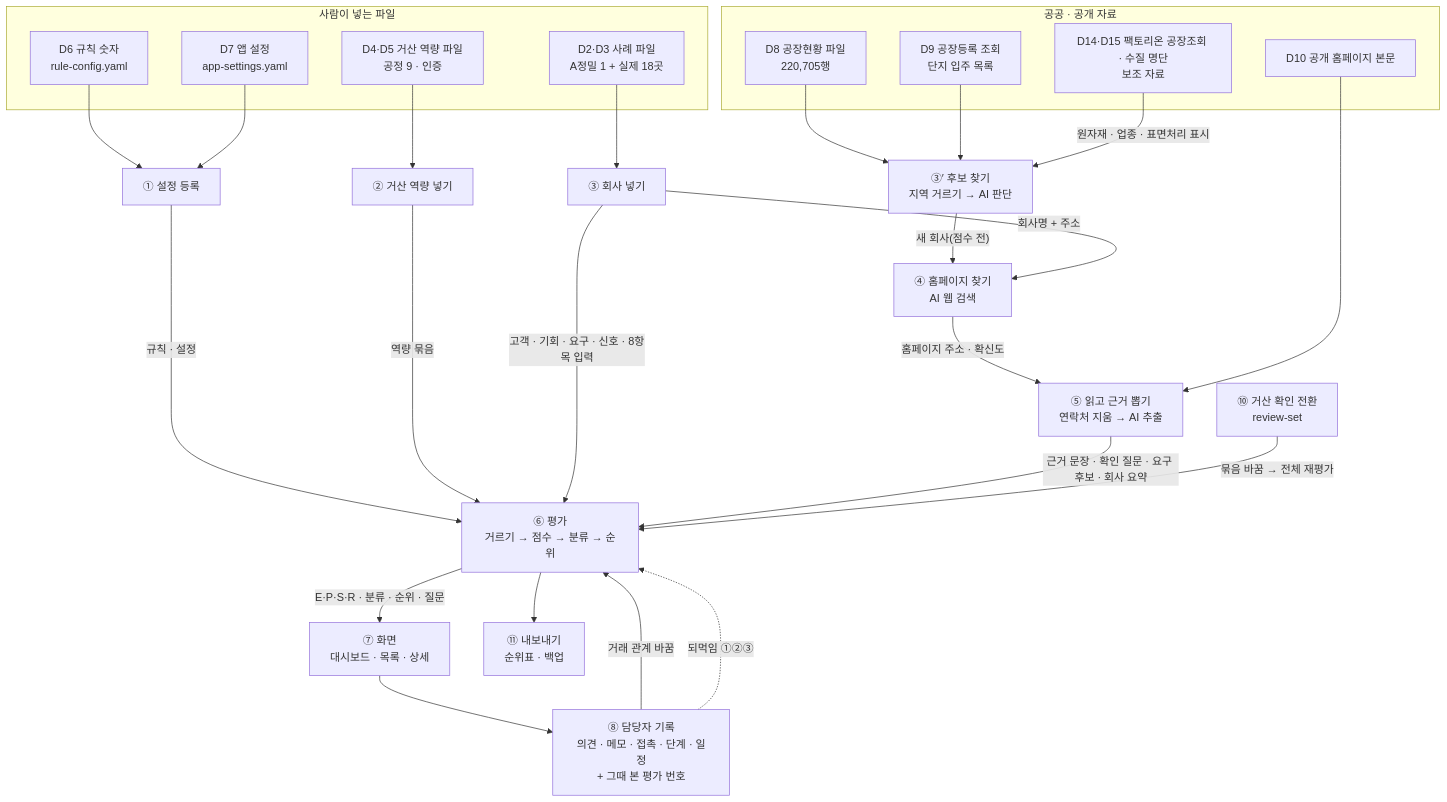
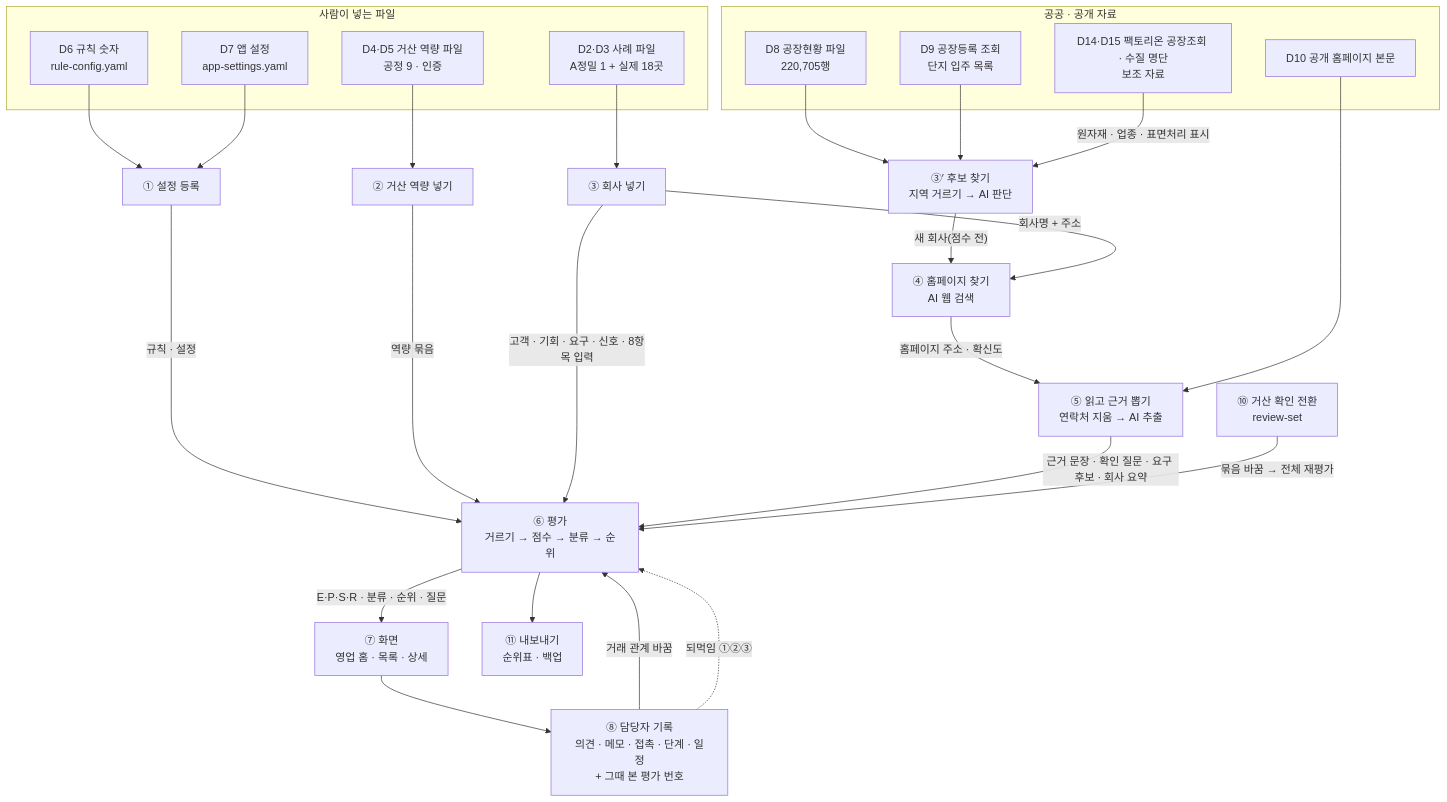
Before and after one commit to agent-ddalgi-team/final-geosan: the first of 2 diagrams in docs/map/data-map.md, drawn with Mermaid. The commit also changed 5 other files, not shown here.

````diff
--- a/docs/map/data-map.md
+++ b/docs/map/data-map.md
@@ -51,36 +51,36 @@
 ```mermaid
 flowchart TB
     subgraph IN["사람이 넣는 파일"]
         D6["D6 규칙 숫자<br/>rule-config.yaml"]
         D7["D7 앱 설정<br/>app-settings.yaml"]
         D45["D4·D5 거산 역량 파일<br/>공정 9 · 인증"]
         D23["D2·D3 사례 파일<br/>A정밀 1 + 실제 18곳"]
     end
     subgraph PUB["공공 · 공개 자료"]
         D8["D8 공장현황 파일<br/>220,705행"]
         D9["D9 공장등록 조회<br/>단지 입주 목록"]
         D10["D10 공개 홈페이지 본문"]
         D14["D14·D15 팩토리온 공장조회 · 수질 명단<br/>보조 자료"]
     end
     D6 --> S1["① 설정 등록"]
     D7 --> S1
     D45 --> S2["② 거산 역량 넣기"]
     D23 --> S3["③ 회사 넣기"]
     D8 --> S3b["③′ 후보 찾기<br/>지역 거르기 → AI 판단"]
     D9 --> S3b
     D14 -->|"원자재 · 업종 · 표면처리 표시"| S3b
     S3b -->|"새 회사(점수 전)"| S4
     S3 -->|"회사명 + 주소"| S4["④ 홈페이지 찾기<br/>AI 웹 검색"]
     S4 -->|"홈페이지 주소 · 확신도"| S5["⑤ 읽고 근거 뽑기<br/>연락처 지움 → AI 추출"]
     D10 --> S5
     S1 -->|"규칙 · 설정"| S6
     S2 -->|"역량 묶음"| S6
     S3 -->|"고객 · 기회 · 요구 · 신호 · 8항목 입력"| S6["⑥ 평가<br/>거르기 → 점수 → 분류 → 순위"]
     S5 -->|"근거 문장 · 확인 질문 · 요구 후보 · 회사 요약"| S6
-    S6 -->|"E·P·S·R · 분류 · 순위 · 질문"| S7["⑦ 화면<br/>대시보드 · 목록 · 상세"]
+    S6 -->|"E·P·S·R · 분류 · 순위 · 질문"| S7["⑦ 화면<br/>영업 홈 · 목록 · 상세"]
     S7 --> S8["⑧ 담당자 기록<br/>의견 · 메모 · 접촉 · 단계 · 일정<br/>+ 그때 본 평가 번호"]
     S8 -->|"거래 관계 바꿈"| S6
     S8 -.->|"되먹임 ①②③"| S6
     S10["⑩ 거산 확인 전환<br/>review-set"] -->|"묶음 바꿈 → 전체 재평가"| S6
     S6 --> S11["⑪ 내보내기<br/>순위표 · 백업"]
 ```
````
